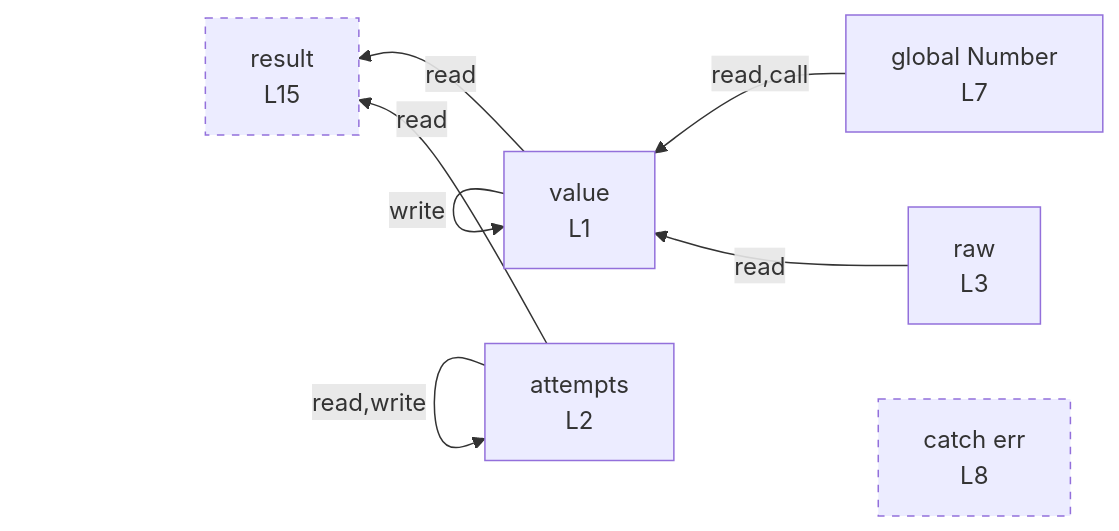
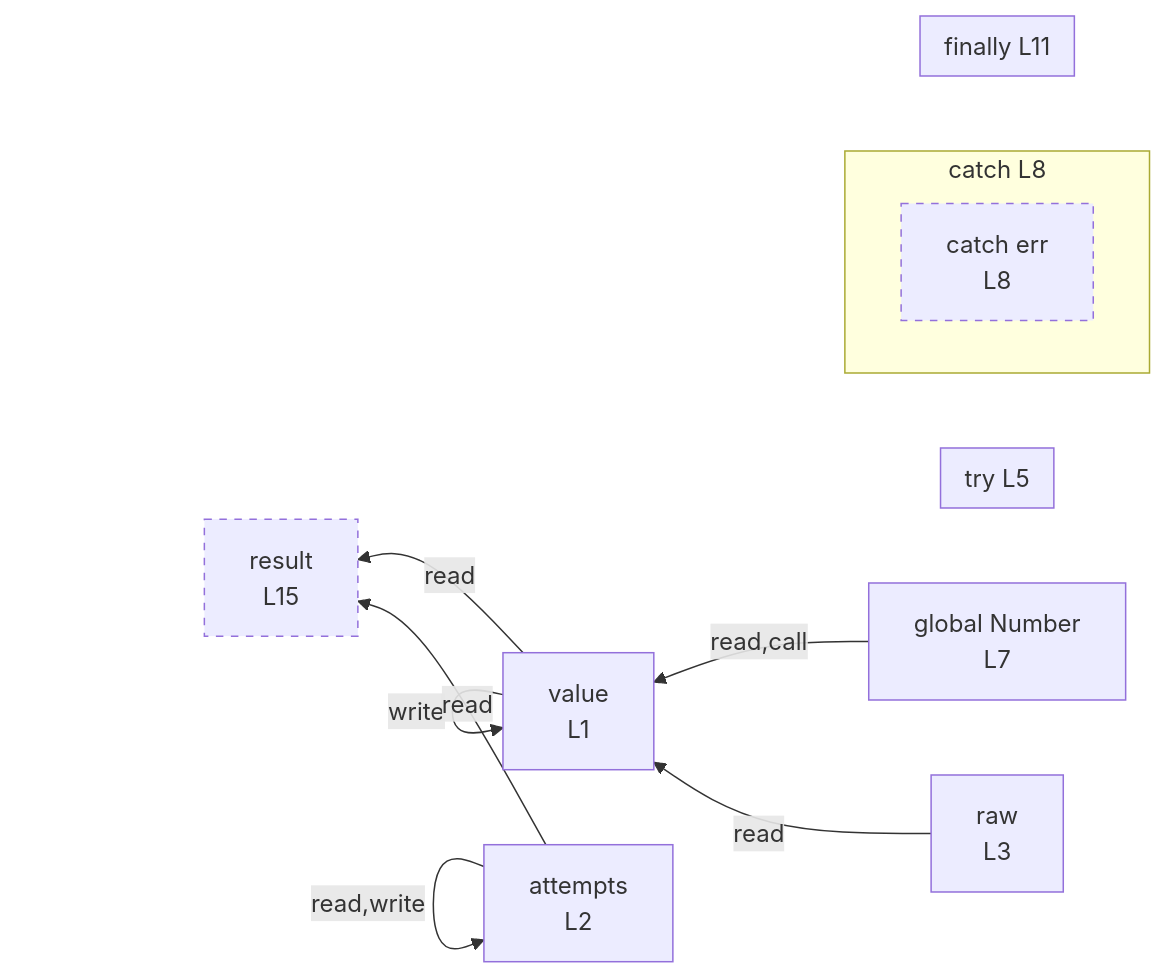
The diagram in integration/fixtures/control-try/preview.md (crescware/unsnarl), drawn with Mermaid before and after one commit. The commit also changed 38 other files, not shown here.

````diff
--- a/integration/fixtures/control-try/preview.md
+++ b/integration/fixtures/control-try/preview.md
@@ -25,21 +25,30 @@
 ```mermaid
 flowchart RL
   n_scope_0_value_4["value<br/>L1"]
   n_scope_0_attempts_19["attempts<br/>L2"]
   n_scope_0_raw_39["raw<br/>L3"]
   n_scope_0_result_182["result<br/>L15"]
   n_scope_0_Number_84["global Number<br/>L7"]
-  n_scope_2_err_106["catch err<br/>L8"]
+  subgraph s_scope_1["try L5"]
+    direction RL
+  end
+  subgraph s_scope_2["catch L8"]
+    direction RL
+    n_scope_2_err_106["catch err<br/>L8"]
+  end
+  subgraph s_scope_3["finally L11"]
+    direction RL
+  end
   n_scope_0_attempts_19 -->|write| n_scope_0_attempts_19
   n_scope_0_value_4 -->|write| n_scope_0_value_4
   n_scope_0_Number_84 -->|read,call| n_scope_0_value_4
   n_scope_0_raw_39 -->|read| n_scope_0_value_4
   n_scope_0_attempts_19 -->|write| n_scope_0_attempts_19
   n_scope_0_value_4 -->|write| n_scope_0_value_4
   n_scope_0_attempts_19 -->|read,write| n_scope_0_attempts_19
   n_scope_0_value_4 -->|read| n_scope_0_result_182
   n_scope_0_attempts_19 -->|read| n_scope_0_result_182
   classDef unused stroke-dasharray: 5 5;
   class n_scope_0_result_182 unused;
   class n_scope_2_err_106 unused;
 ```
````
